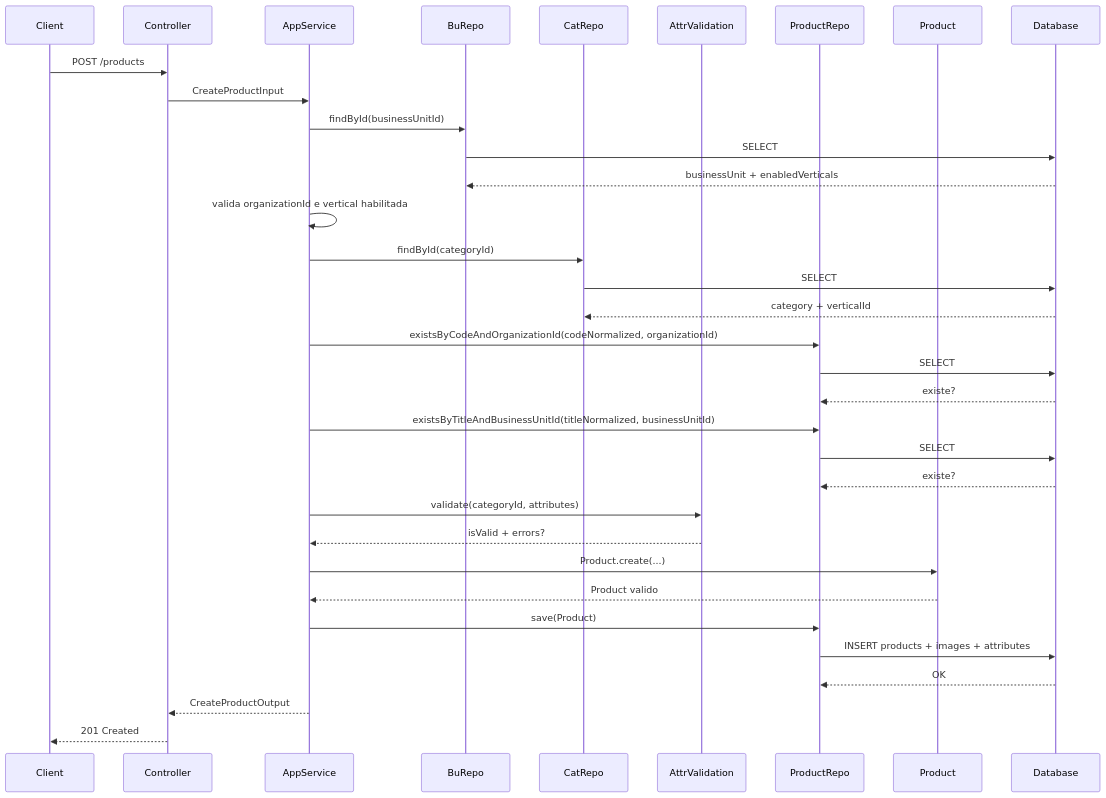
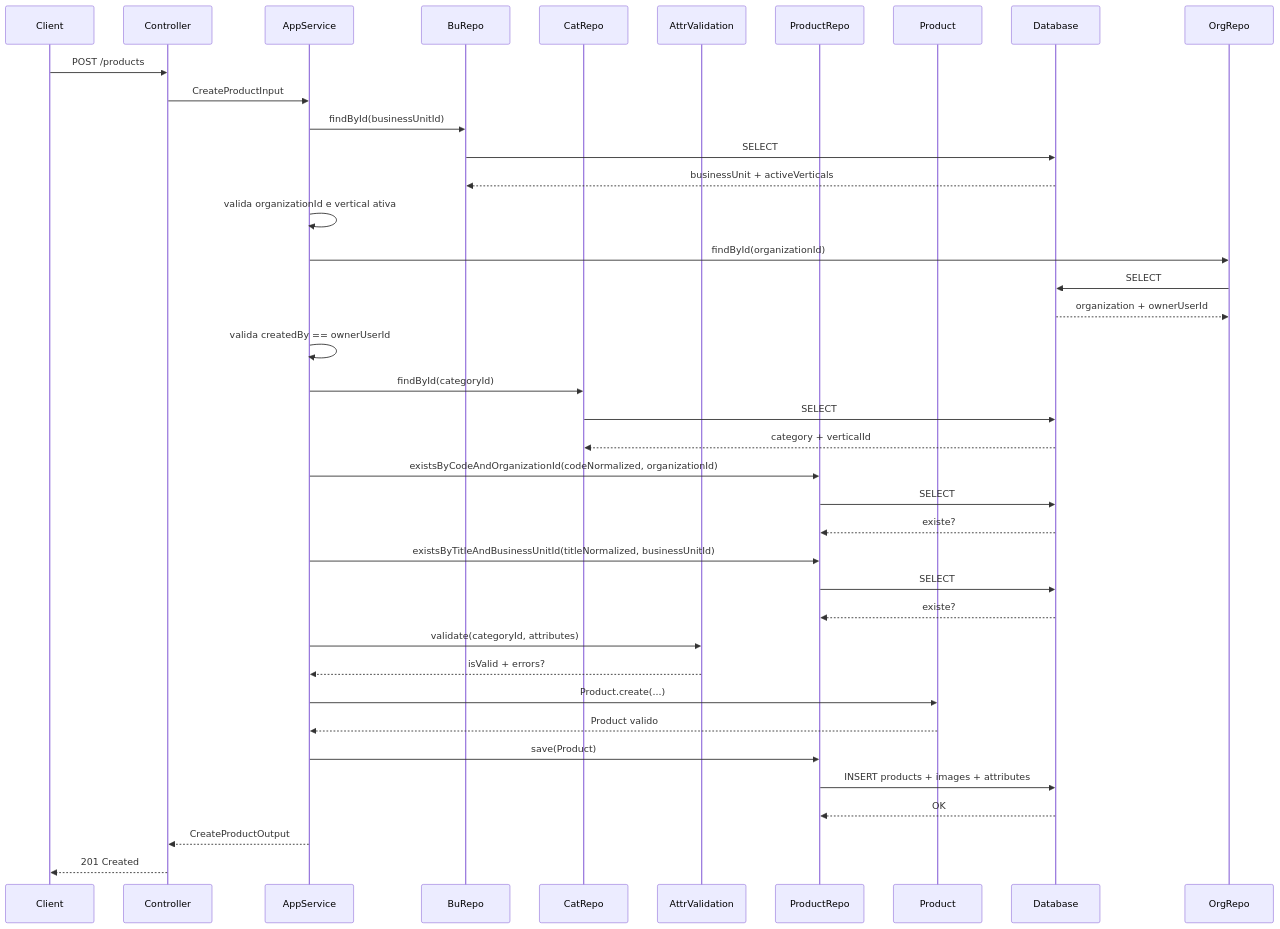
The second of 5 diagrams in specs/modules/products/01-create-product/design.md (CSousa-Dev/smart-delivery), drawn with Mermaid before and after one commit. The commit also changed other lines of this file and 49 other files, not shown here.

First line of the commit message:
feat(products): enforce owner and BU vertical checks

````diff
--- a/specs/modules/products/01-create-product/design.md
+++ b/specs/modules/products/01-create-product/design.md
@@ -138,45 +144,50 @@
 ```mermaid
 sequenceDiagram
     participant Client
     participant Controller
     participant AppService
     participant BuRepo
     participant CatRepo
     participant AttrValidation
     participant ProductRepo
     participant Product
     participant Database
 
     Client->>Controller: POST /products
     Controller->>AppService: CreateProductInput
 
     AppService->>BuRepo: findById(businessUnitId)
     BuRepo->>Database: SELECT
-    Database-->>BuRepo: businessUnit + enabledVerticals
-    AppService->>AppService: valida organizationId e vertical habilitada
+    Database-->>BuRepo: businessUnit + activeVerticals
+    AppService->>AppService: valida organizationId e vertical ativa
+
+    AppService->>OrgRepo: findById(organizationId)
+    OrgRepo->>Database: SELECT
+    Database-->>OrgRepo: organization + ownerUserId
+    AppService->>AppService: valida createdBy == ownerUserId
 
     AppService->>CatRepo: findById(categoryId)
     CatRepo->>Database: SELECT
     Database-->>CatRepo: category + verticalId
 
     AppService->>ProductRepo: existsByCodeAndOrganizationId(codeNormalized, organizationId)
     ProductRepo->>Database: SELECT
     Database-->>ProductRepo: existe?
 
     AppService->>ProductRepo: existsByTitleAndBusinessUnitId(titleNormalized, businessUnitId)
     ProductRepo->>Database: SELECT
     Database-->>ProductRepo: existe?
 
     AppService->>AttrValidation: validate(categoryId, attributes)
     AttrValidation-->>AppService: isValid + errors?
 
     AppService->>Product: Product.create(...)
     Product-->>AppService: Product valido
 
     AppService->>ProductRepo: save(Product)
     ProductRepo->>Database: INSERT products + images + attributes
     Database-->>ProductRepo: OK
 
     AppService-->>Controller: CreateProductOutput
     Controller-->>Client: 201 Created
 ```
````
